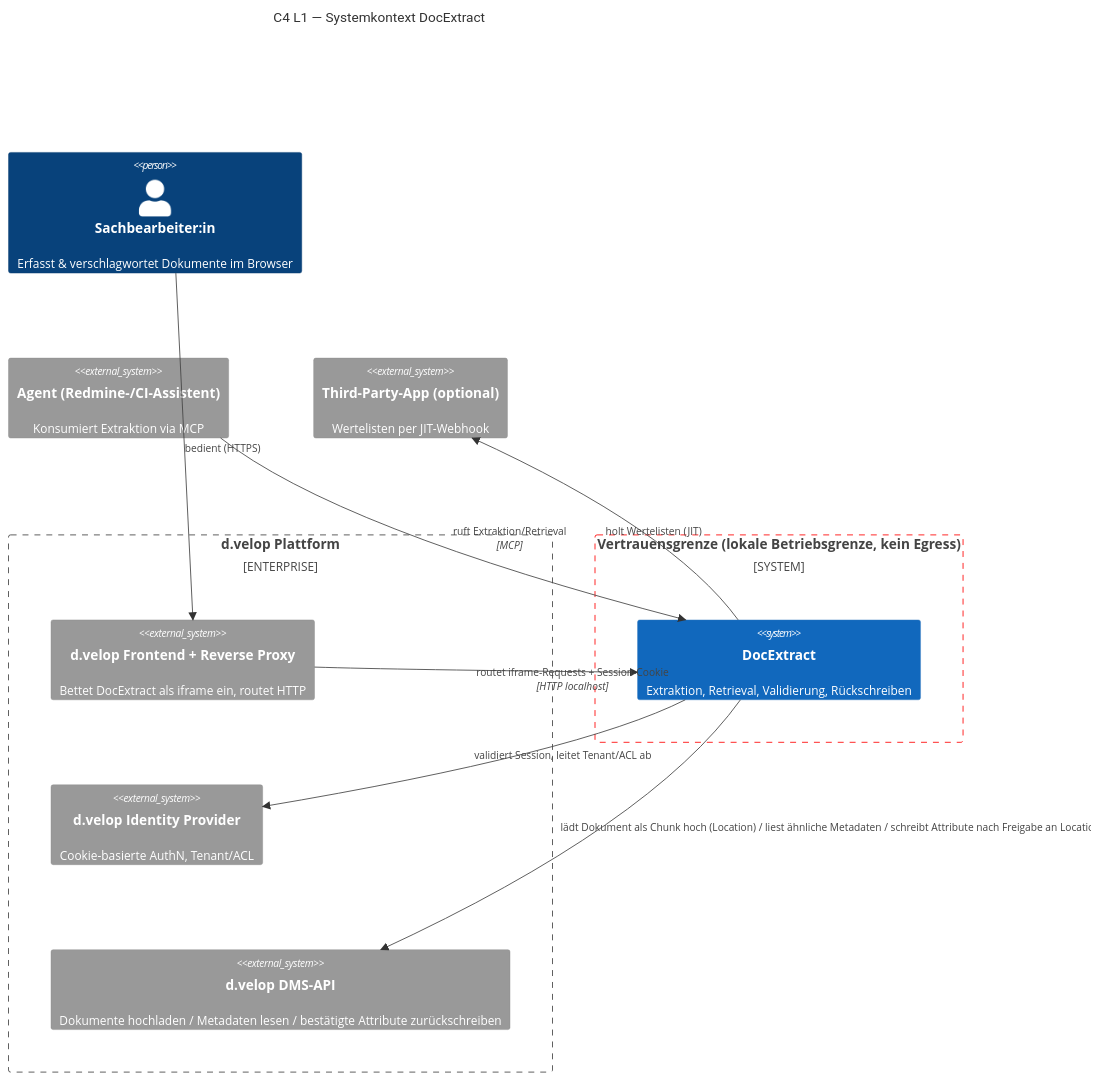
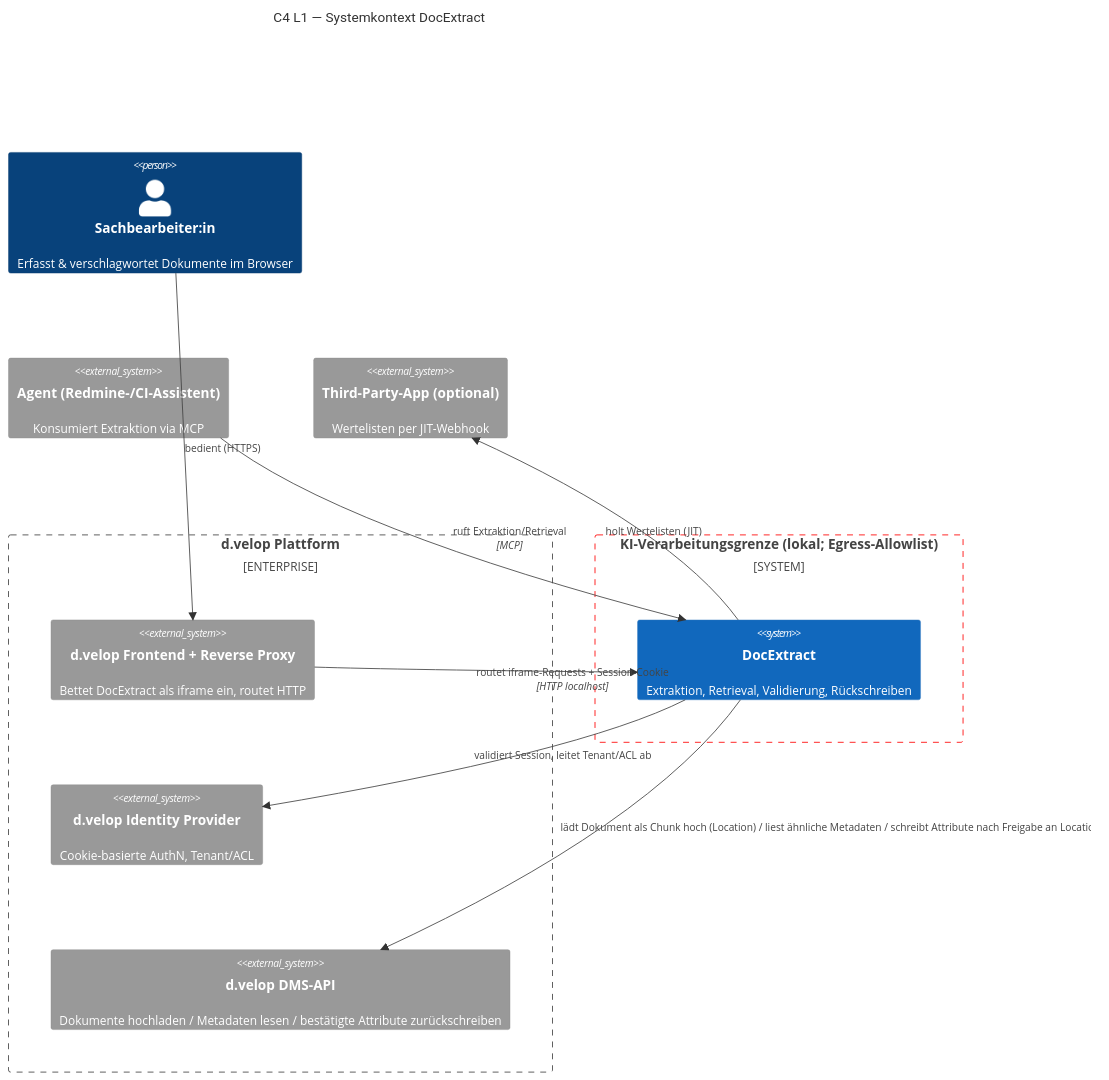
Before and after one commit to segjo/docextract: the first of 7 diagrams in doc/ARCHITECTURE.md, drawn with Mermaid. The commit also changed other lines of this file and 1 other file, not shown here.

````diff
--- a/doc/ARCHITECTURE.md
+++ b/doc/ARCHITECTURE.md
@@ -66,27 +66,27 @@
 ```mermaid
 C4Context
     title C4 L1 — Systemkontext DocExtract
     Person(sb, "Sachbearbeiter:in", "Erfasst & verschlagwortet Dokumente im Browser")
     System_Ext(agent, "Agent (Redmine-/CI-Assistent)", "Konsumiert Extraktion via MCP")
 
     Enterprise_Boundary(dv, "d.velop Plattform") {
         System_Ext(dvfe, "d.velop Frontend + Reverse Proxy", "Bettet DocExtract als iframe ein, routet HTTP")
         System_Ext(idp, "d.velop Identity Provider", "Cookie-basierte AuthN, Tenant/ACL")
         System_Ext(dms, "d.velop DMS-API", "Dokumente hochladen / Metadaten lesen / bestätigte Attribute zurückschreiben")
     }
 
-    System_Boundary(tb, "Vertrauensgrenze (lokale Betriebsgrenze, kein Egress)") {
+    System_Boundary(tb, "KI-Verarbeitungsgrenze (lokal; Egress-Allowlist)") {
         System(docx, "DocExtract", "Extraktion, Retrieval, Validierung, Rückschreiben")
     }
 
     System_Ext(tpa, "Third-Party-App (optional)", "Wertelisten per JIT-Webhook")
 
     UpdateElementStyle(tb, $borderColor="red")
 
     Rel(sb, dvfe, "bedient (HTTPS)")
     Rel(dvfe, docx, "routet iframe-Requests + Session-Cookie", "HTTP localhost")
     Rel(agent, docx, "ruft Extraktion/Retrieval", "MCP")
     Rel(docx, idp, "validiert Session, leitet Tenant/ACL ab")
     Rel(docx, dms, "lädt Dokument als Chunk hoch (Location) / liest ähnliche Metadaten / schreibt Attribute nach Freigabe an Location")
     Rel(docx, tpa, "holt Wertelisten (JIT)")
 ```
````
